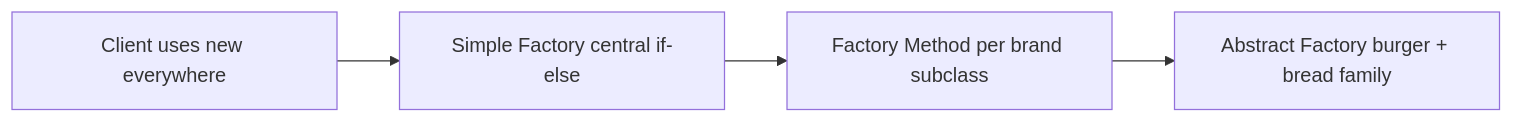
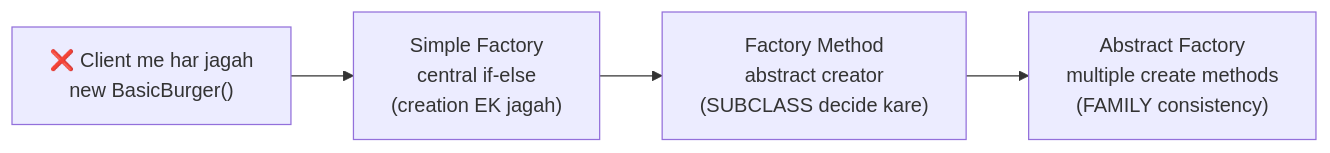
One commit to subhm2004/LLD changed the diagram in L9 Factory_Design_Pattern/notes/04_Comparison_SOLID_Interview.md. Above: the diagram before and after it, drawn with Mermaid. The commit also changed other lines of this file and 7 other files, not shown here.

````diff
--- a/L9 Factory_Design_Pattern/notes/04_Comparison_SOLID_Interview.md
+++ b/L9 Factory_Design_Pattern/notes/04_Comparison_SOLID_Interview.md
@@ -26,6 +28,6 @@
 ```mermaid
 flowchart LR
-    A[Client uses new everywhere] --> B[Simple Factory central if-else]
-    B --> C[Factory Method per brand subclass]
-    C --> D[Abstract Factory burger + bread family]
+    A["❌ Client me har jagah<br/>new BasicBurger()"] --> B["Simple Factory<br/>central if-else<br/>(creation EK jagah)"]
+    B --> C["Factory Method<br/>abstract creator<br/>(SUBCLASS decide kare)"]
+    C --> D["Abstract Factory<br/>multiple create methods<br/>(FAMILY consistency)"]
 ```
````
